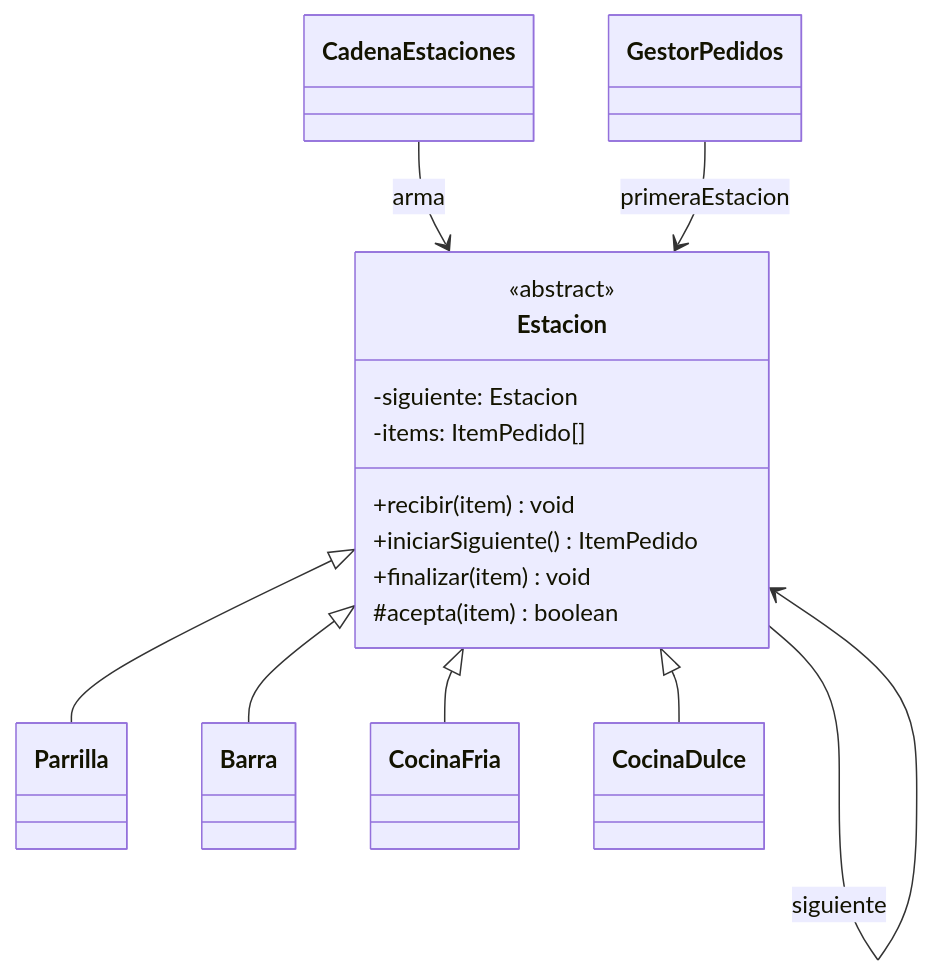
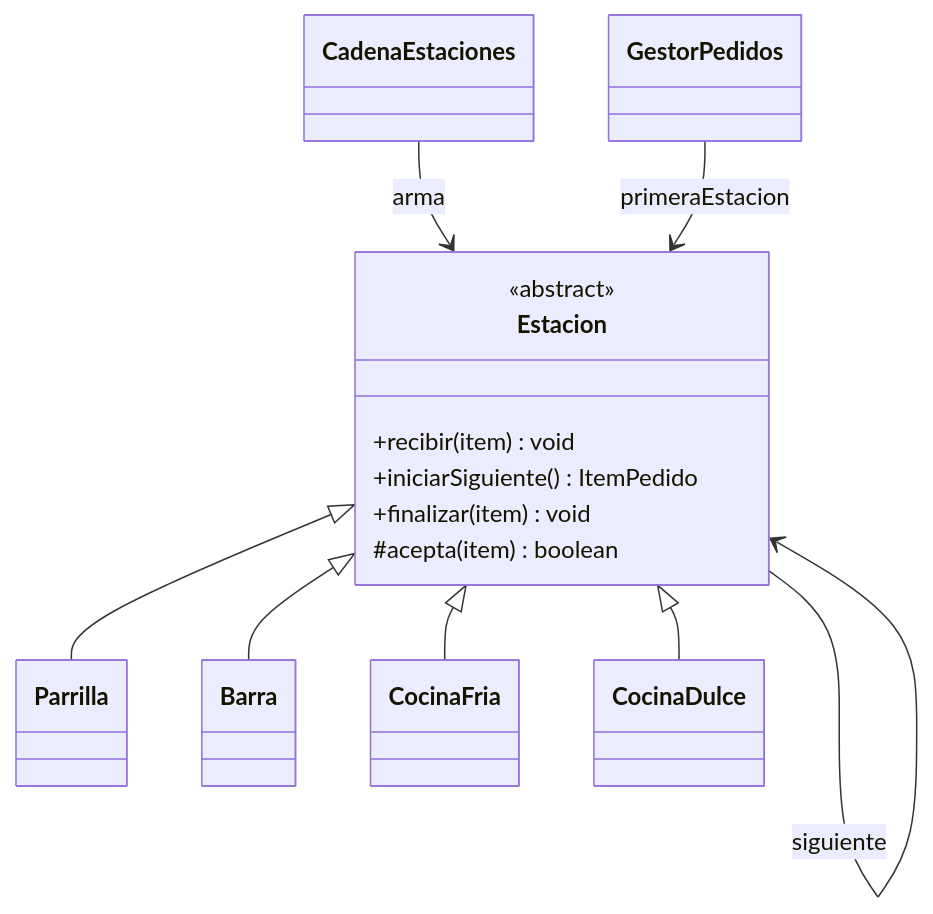
The fifth of 5 diagrams in README.md (BrunoE99/tp_restaurante_programacion_II), drawn with Mermaid before and after one commit. The commit also changed other lines of this file and 20 other files, not shown here.

````diff
--- a/README.md
+++ b/README.md
@@ -442,19 +289,17 @@
 ```mermaid
 classDiagram
     class Estacion {
         <<abstract>>
-        -siguiente: Estacion
-        -items: ItemPedido[]
         +recibir(item) void
         +iniciarSiguiente() ItemPedido
         +finalizar(item) void
         #acepta(item) boolean
     }
     Estacion --> Estacion : siguiente
     Estacion <|-- Parrilla
     Estacion <|-- Barra
     Estacion <|-- CocinaFria
     Estacion <|-- CocinaDulce
     CadenaEstaciones --> Estacion : arma
     GestorPedidos --> Estacion : primeraEstacion
 ```
````
